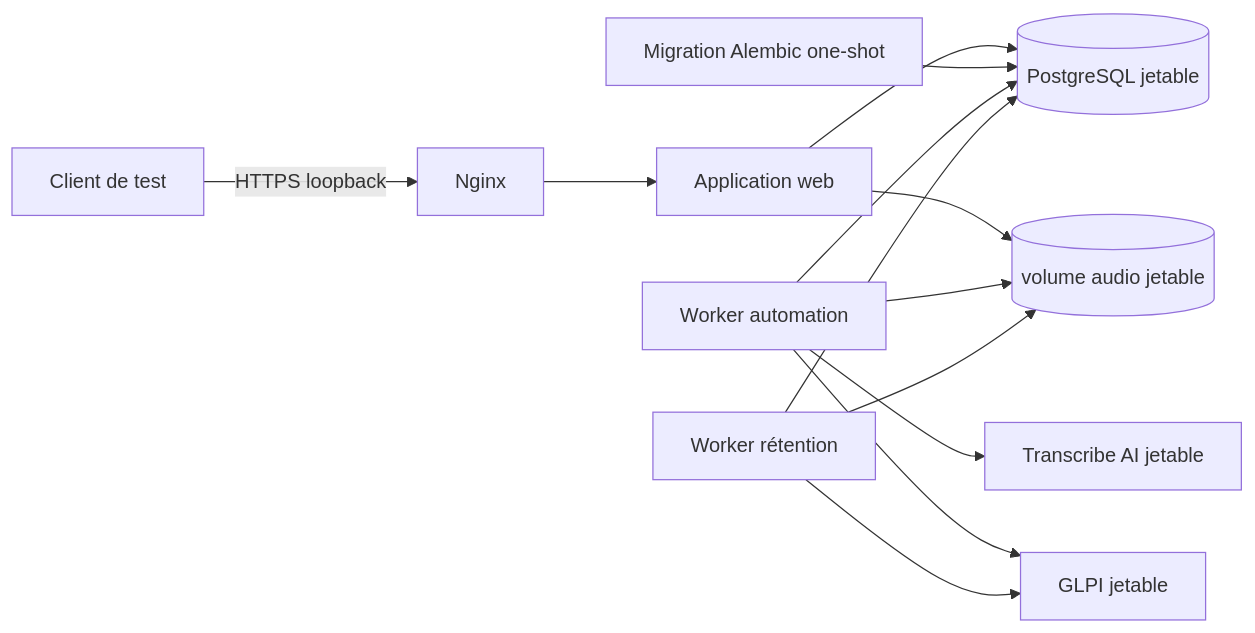
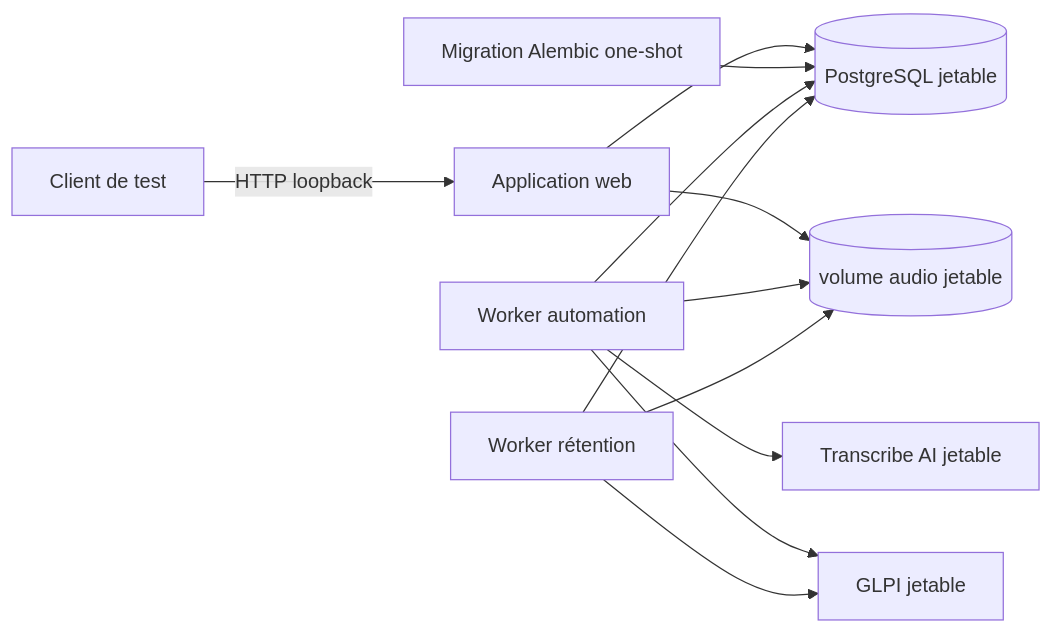
Before and after one commit to dev-vauclaire/mevo2glpi: the diagram in tests/e2e/README.md, drawn with Mermaid. The commit also changed other lines of this file and 51 other files, not shown here.

````diff
--- a/tests/e2e/README.md
+++ b/tests/e2e/README.md
@@ -9,17 +9,16 @@
 ```mermaid
 flowchart LR
-    Client[Client de test] -->|HTTPS loopback| Nginx
-    Nginx --> Web[Application web]
+    Client[Client de test] -->|HTTP loopback| Web[Application web]
     Web --> PostgreSQL[(PostgreSQL jetable)]
     Web --> Audio[(volume audio jetable)]
 
     Migration[Migration Alembic one-shot] --> PostgreSQL
     Automation[Worker automation] --> PostgreSQL
     Automation --> Audio
     Automation --> Transcribe[Transcribe AI jetable]
     Automation --> GLPI[GLPI jetable]
 
     Retention[Worker rétention] --> PostgreSQL
     Retention --> Audio
     Retention --> GLPI
 ```
````
